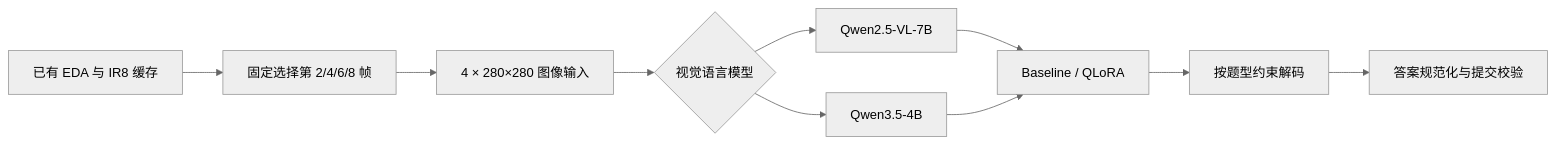
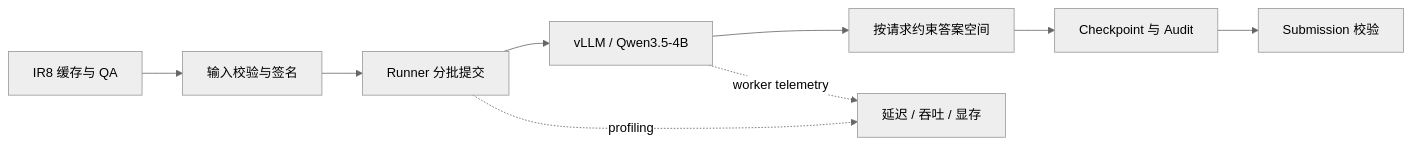
One commit to luicarus/cuhk-x-multimodal-vqa changed the diagram in README.md. Above: the diagram before and after it, drawn with Mermaid (neutral theme). The commit also changed other lines of this file, not shown here.

````diff
--- a/README.md
+++ b/README.md
@@ -31,12 +23,11 @@
 ```mermaid
 flowchart LR
-    A[已有 EDA 与 IR8 缓存] --> B[固定选择第 2/4/6/8 帧]
-    B --> C[4 × 280×280 图像输入]
-    C --> D{视觉语言模型}
-    D --> E[Qwen2.5-VL-7B]
-    D --> F[Qwen3.5-4B]
-    E --> G[Baseline / QLoRA]
-    F --> G
-    G --> H[按题型约束解码]
-    H --> I[答案规范化与提交校验]
+    A[IR8 缓存与 QA] --> B[输入校验与签名]
+    B --> C[Runner 分批提交]
+    C --> D[vLLM / Qwen3.5-4B]
+    D --> E[按请求约束答案空间]
+    E --> F[Checkpoint 与 Audit]
+    F --> G[Submission 校验]
+    C -. profiling .-> H[延迟 / 吞吐 / 显存]
+    D -. worker telemetry .-> H
 ```
````
